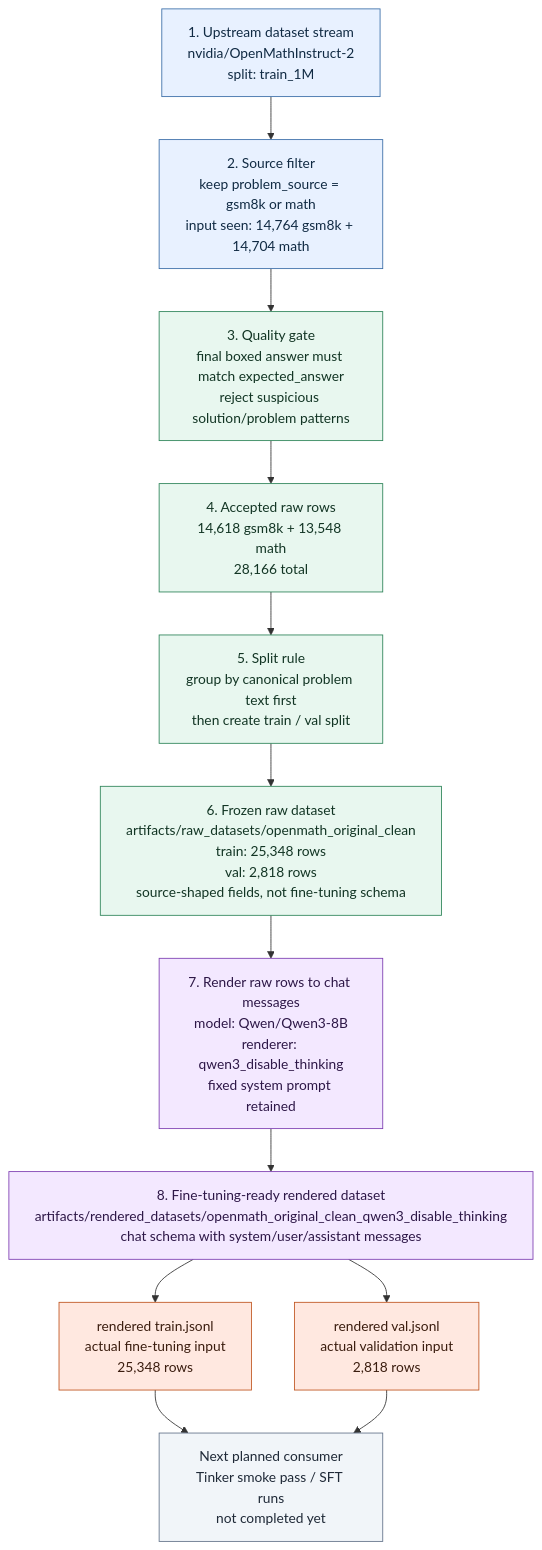
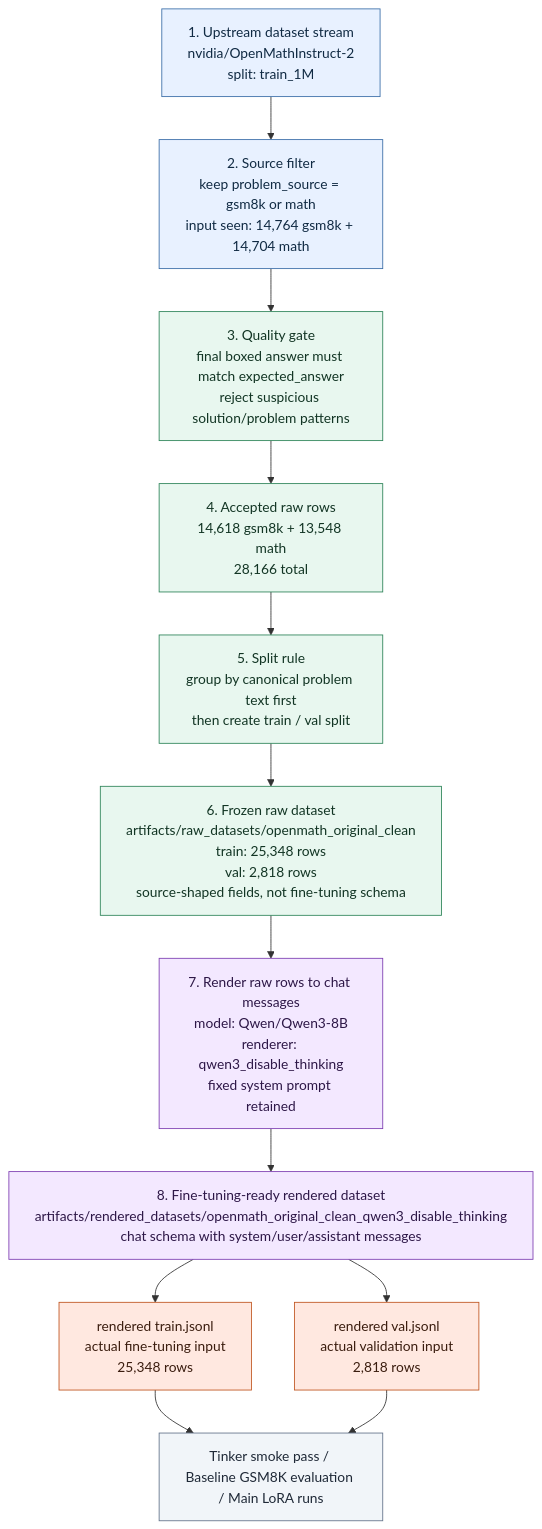
One commit to sumitdotml/lora-and-friends changed the diagram in artifacts/README.md. Above: the diagram before and after it, drawn with Mermaid.

Commit message:
updated artifacts diagram label for completed stages

````diff
--- a/artifacts/README.md
+++ b/artifacts/README.md
@@ -117,32 +117,32 @@
 ```mermaid
 flowchart TD
   upstream["1. Upstream dataset stream<br/>nvidia/OpenMathInstruct-2<br/>split: train_1M"]
   source_filter["2. Source filter<br/>keep problem_source = gsm8k or math<br/>input seen: 14,764 gsm8k + 14,704 math"]
   quality_gate["3. Quality gate<br/>final boxed answer must match expected_answer<br/>reject suspicious solution/problem patterns"]
   accepted_rows["4. Accepted raw rows<br/>14,618 gsm8k + 13,548 math<br/>28,166 total"]
   grouped_split["5. Split rule<br/>group by canonical problem text first<br/>then create train / val split"]
   raw_dataset["6. Frozen raw dataset<br/>artifacts/raw_datasets/openmath_original_clean<br/>train: 25,348 rows<br/>val: 2,818 rows<br/>source-shaped fields, not fine-tuning schema"]
 
   renderer["7. Render raw rows to chat messages<br/>model: Qwen/Qwen3-8B<br/>renderer: qwen3_disable_thinking<br/>fixed system prompt retained"]
   rendered_dataset["8. Fine-tuning-ready rendered dataset<br/>artifacts/rendered_datasets/openmath_original_clean_qwen3_disable_thinking<br/>chat schema with system/user/assistant messages"]
   train_file["rendered train.jsonl<br/>actual fine-tuning input<br/>25,348 rows"]
   val_file["rendered val.jsonl<br/>actual validation input<br/>2,818 rows"]
-  tinker["Next planned consumer<br/>Tinker smoke pass / SFT runs<br/>not completed yet"]
+  tinker["Tinker smoke pass / Baseline GSM8K evaluation / Main LoRA runs"]
 
   upstream --> source_filter --> quality_gate --> accepted_rows --> grouped_split --> raw_dataset
   raw_dataset --> renderer --> rendered_dataset
   rendered_dataset --> train_file --> tinker
   rendered_dataset --> val_file --> tinker
 
   style upstream fill:#e8f1ff,stroke:#3b6ea8,color:#102a43
   style source_filter fill:#e8f1ff,stroke:#3b6ea8,color:#102a43
   style quality_gate fill:#e8f7ef,stroke:#2f855a,color:#123524
   style accepted_rows fill:#e8f7ef,stroke:#2f855a,color:#123524
   style grouped_split fill:#e8f7ef,stroke:#2f855a,color:#123524
   style raw_dataset fill:#e8f7ef,stroke:#2f855a,color:#123524
   style renderer fill:#f3e8ff,stroke:#7e3fb2,color:#2d1747
   style rendered_dataset fill:#f3e8ff,stroke:#7e3fb2,color:#2d1747
   style train_file fill:#ffe8e0,stroke:#c05621,color:#3b1d0f
   style val_file fill:#ffe8e0,stroke:#c05621,color:#3b1d0f
   style tinker fill:#f1f5f9,stroke:#64748b,color:#1f2937
 ```
````
